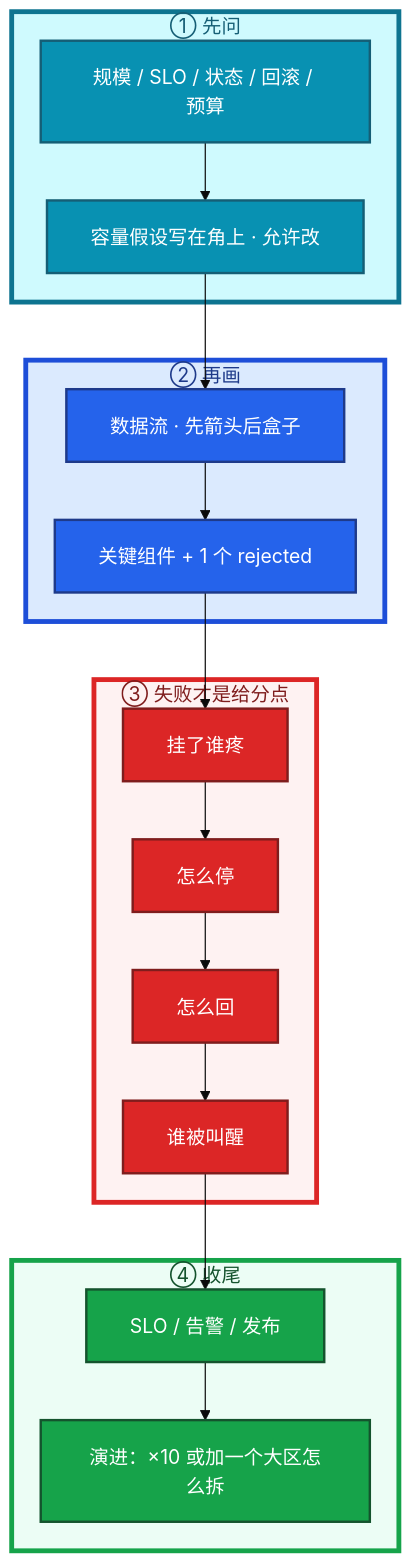
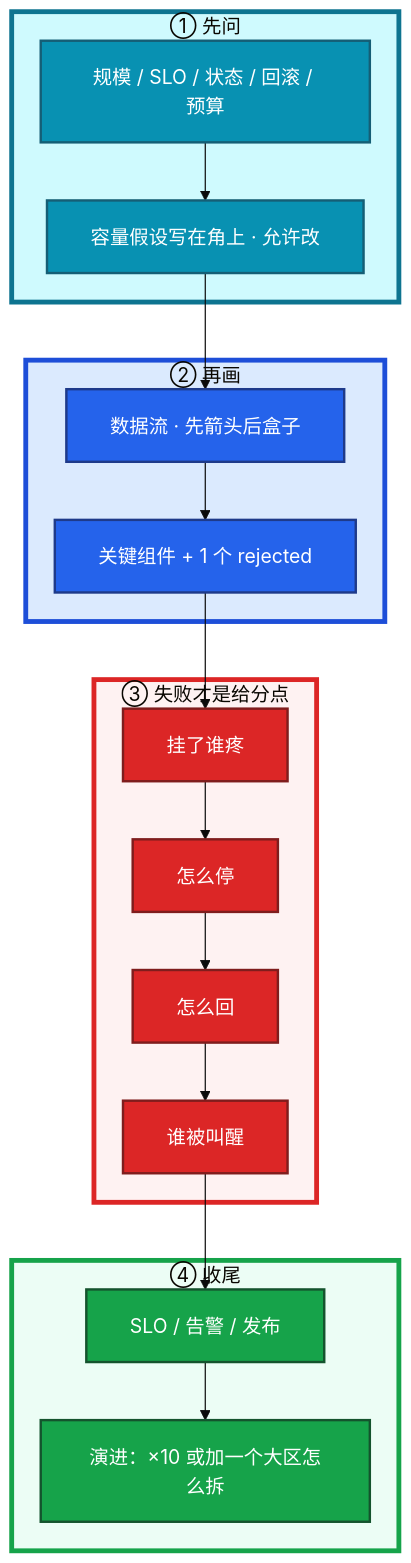
One commit to ml-cuizijun/LearnToLilith changed the second of 9 diagrams in 01-职业发展/03-系统设计/知识点.md. Above: the diagram before and after it, drawn with Mermaid. The commit also changed other lines of this file and 213 other files, not shown here.

````diff
--- a/01-职业发展/03-系统设计/知识点.md
+++ b/01-职业发展/03-系统设计/知识点.md
@@ -81,41 +79,41 @@
 ```mermaid
 %%{init: {"flowchart": {"padding": 18, "nodeSpacing": 28, "rankSpacing": 48}, "theme": "base"}}%%
 flowchart TB
     subgraph ask ["① 先问"]
         q1[规模 / SLO / 状态 / 回滚 / 预算]
         q2[容量假设写在角上 · 允许改]
     end
 
     subgraph draw ["② 再画"]
         d1[数据流 · 先箭头后盒子]
         d2[关键组件 + 1 个 rejected]
     end
 
     subgraph fail ["③ 失败才是给分点"]
         f1[挂了谁疼]
         f2[怎么停]
         f3[怎么回]
         f4[谁被叫醒]
     end
 
     subgraph next ["④ 收尾"]
         n1[SLO / 告警 / 发布]
         n2["演进：×10 或加一个大区怎么拆"]
     end
 
     q1 --> q2 --> d1 --> d2 --> f1 --> f2 --> f3 --> f4 --> n1 --> n2
 
     classDef a fill:#0891B2,stroke:#155E75,stroke-width:2px,color:#fff
     classDef b fill:#2563EB,stroke:#1E3A8A,stroke-width:2px,color:#fff
     classDef c fill:#DC2626,stroke:#7F1D1D,stroke-width:2px,color:#fff
     classDef d fill:#16A34A,stroke:#14532D,stroke-width:2px,color:#fff
     class q1,q2 a
     class d1,d2 b
     class f1,f2,f3,f4 c
     class n1,n2 d
 
-    style ask fill:#CFFAFE,stroke:#0E7490,stroke-width:4px,color:#155E75
-    style draw fill:#DBEAFE,stroke:#1D4ED8,stroke-width:4px,color:#1E3A8A
-    style fail fill:#FEF2F2,stroke:#DC2626,stroke-width:4px,color:#7F1D1D
-    style next fill:#ECFDF5,stroke:#16A34A,stroke-width:4px,color:#14532D
+    style ask fill:#CFFAFE,stroke:#0E7490,stroke-width:4px
+    style draw fill:#DBEAFE,stroke:#1D4ED8,stroke-width:4px
+    style fail fill:#FEF2F2,stroke:#DC2626,stroke-width:4px
+    style next fill:#ECFDF5,stroke:#16A34A,stroke-width:4px
 ```
````
